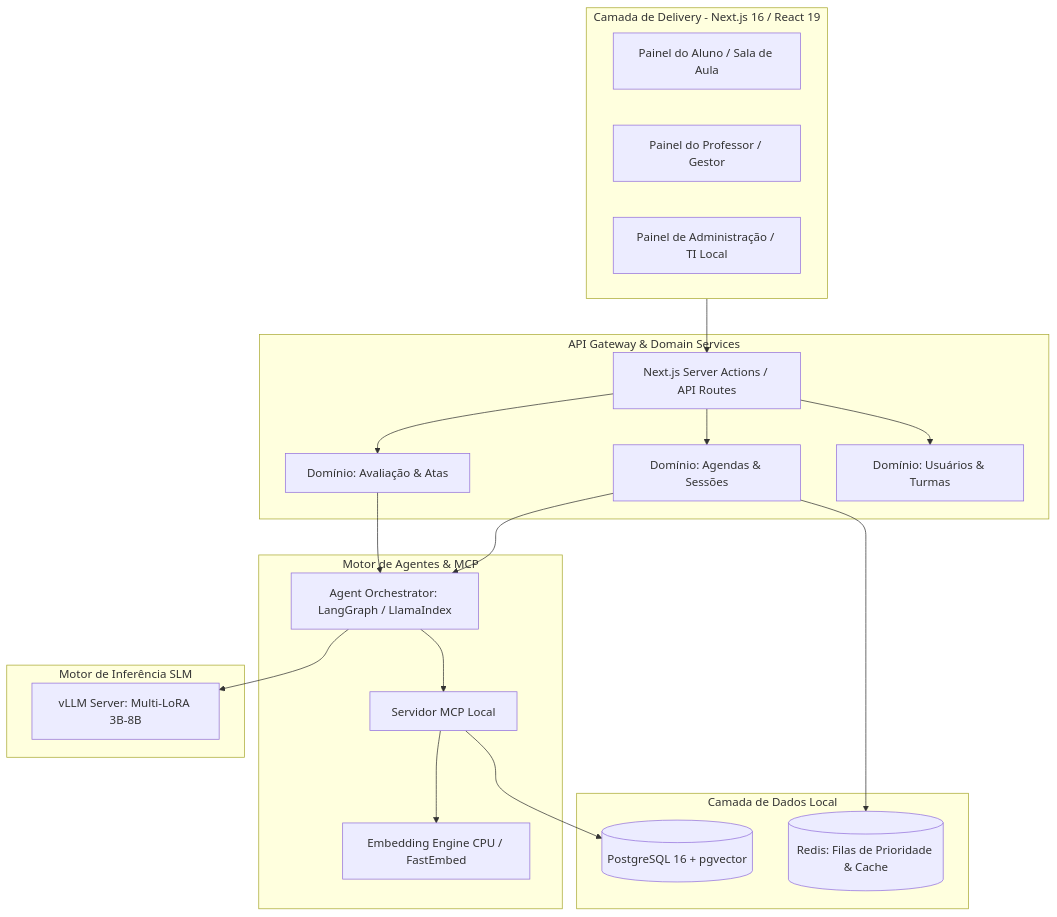
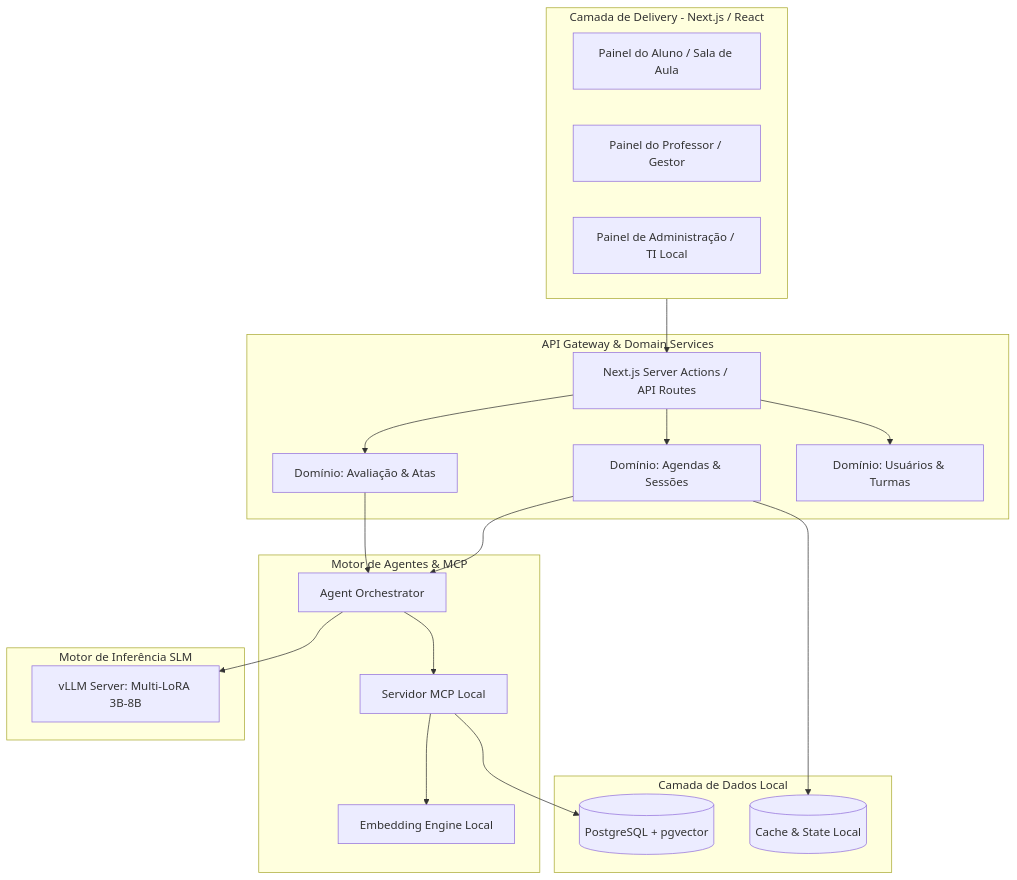
One commit to rffsalles/soberania-ai changed the diagram in docs/PLAN-soberania-ai-appliance.md. Above: the diagram before and after it, drawn with Mermaid. The commit also changed other lines of this file and 76 other files, not shown here.

````diff
--- a/docs/PLAN-soberania-ai-appliance.md
+++ b/docs/PLAN-soberania-ai-appliance.md
@@ -30,39 +30,39 @@
 ```mermaid
 graph TD
-    subgraph Frontend [Camada de Delivery - Next.js 16 / React 19]
+    subgraph Frontend [Camada de Delivery - Next.js / React]
         StudentApp[Painel do Aluno / Sala de Aula]
         TeacherApp[Painel do Professor / Gestor]
         AdminApp[Painel de Administração / TI Local]
     end
 
     subgraph BackendGateway [API Gateway & Domain Services]
         Router[Next.js Server Actions / API Routes]
         DomainAgendas[Domínio: Agendas & Sessões]
         DomainPedagogy[Domínio: Avaliação & Atas]
         DomainAuth[Domínio: Usuários & Turmas]
     end
 
     subgraph CoreEngine [Motor de Agentes & MCP]
         MCPServer[Servidor MCP Local]
-        Orchestrator[Agent Orchestrator: LangGraph / LlamaIndex]
-        FastEmbed[Embedding Engine CPU / FastEmbed]
+        Orchestrator[Agent Orchestrator]
+        FastEmbed[Embedding Engine Local]
     end
 
     subgraph Storage [Camada de Dados Local]
-        Postgres[(PostgreSQL 16 + pgvector)]
-        Redis[(Redis: Filas de Prioridade & Cache)]
+        Postgres[(PostgreSQL + pgvector)]
+        Redis[(Cache & State Local)]
     end
 
     subgraph Inference [Motor de Inferência SLM]
         vLLM[vLLM Server: Multi-LoRA 3B-8B]
     end
 
     Frontend --> Router
     Router --> DomainAgendas & DomainPedagogy & DomainAuth
     DomainAgendas & DomainPedagogy --> Orchestrator
     Orchestrator --> MCPServer
     MCPServer --> Postgres
     MCPServer --> FastEmbed
     Orchestrator --> vLLM
     DomainAgendas --> Redis
 ```
````
